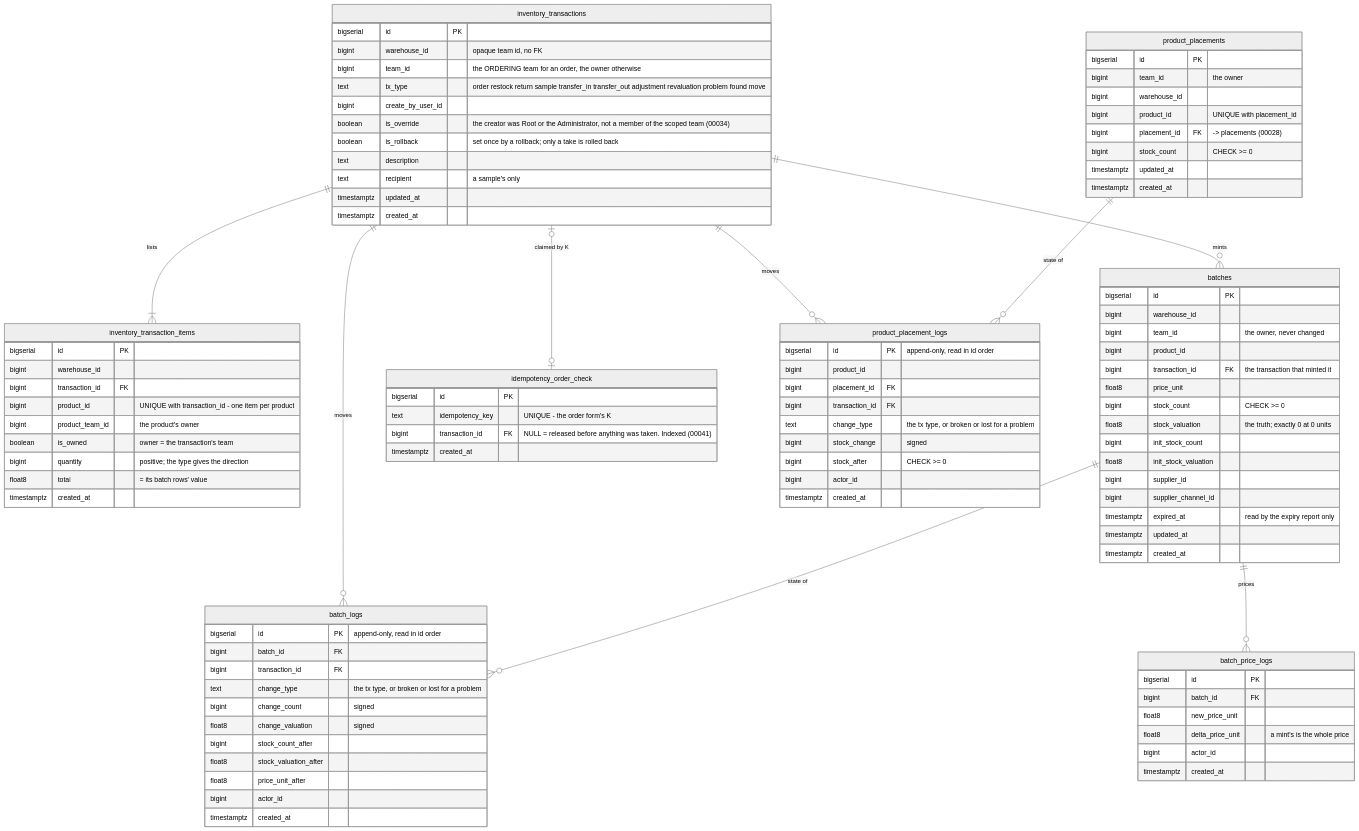
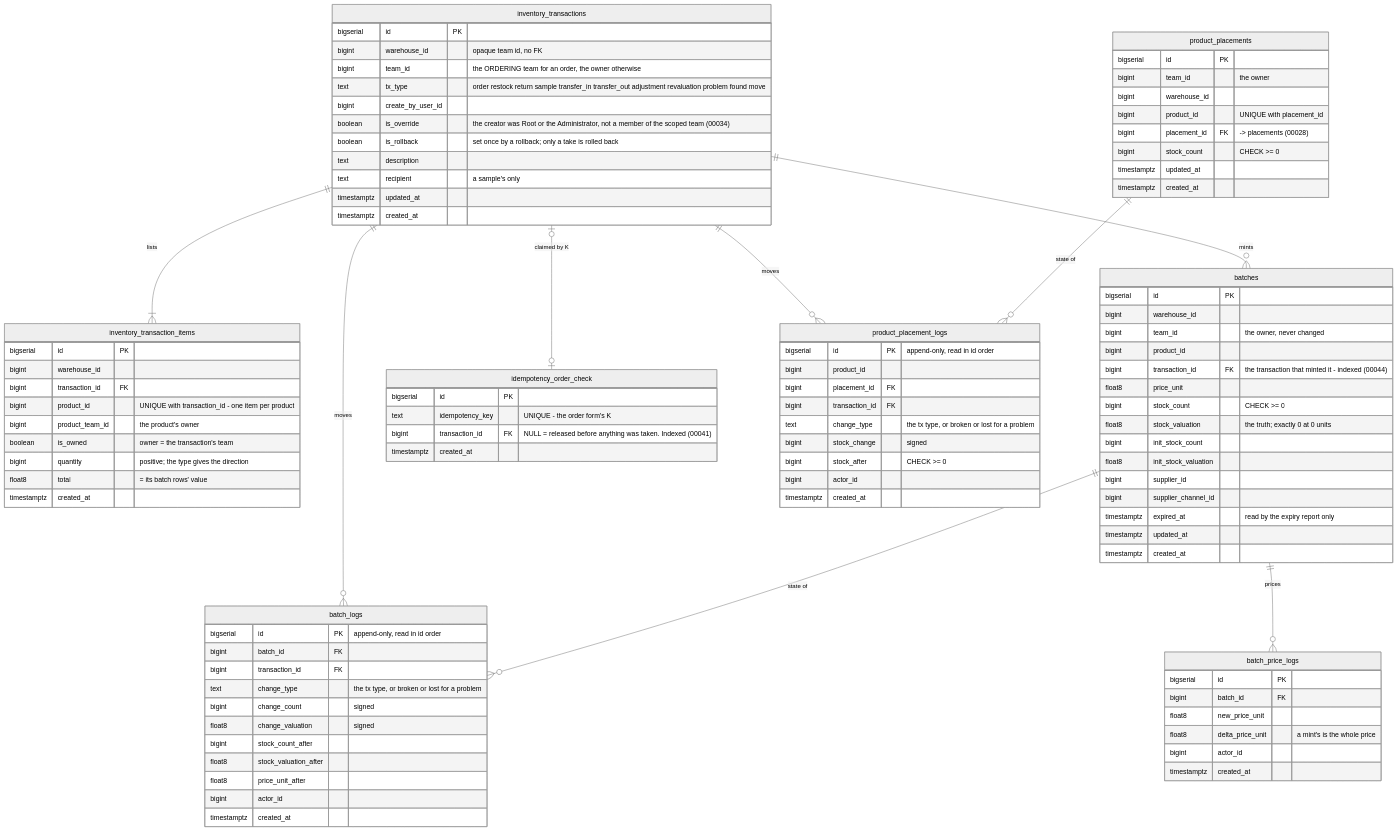
One commit to pdcgo/warehouse_revamp changed the ninth of 25 diagrams in docs/database-schema.md. Above: the diagram before and after it, drawn with Mermaid (neutral theme). The commit also changed other lines of this file and 96 other files, not shown here.

```diff
--- a/docs/database-schema.md
+++ b/docs/database-schema.md
@@ -1290,7 +1318,7 @@
         bigint      warehouse_id
         bigint      team_id              "the owner, never changed"
         bigint      product_id
-        bigint      transaction_id       FK "the transaction that minted it"
+        bigint      transaction_id       FK "the transaction that minted it - indexed (00044)"
         float8      price_unit
         bigint      stock_count          "CHECK >= 0"
         float8      stock_valuation      "the truth; exactly 0 at 0 units"
```
